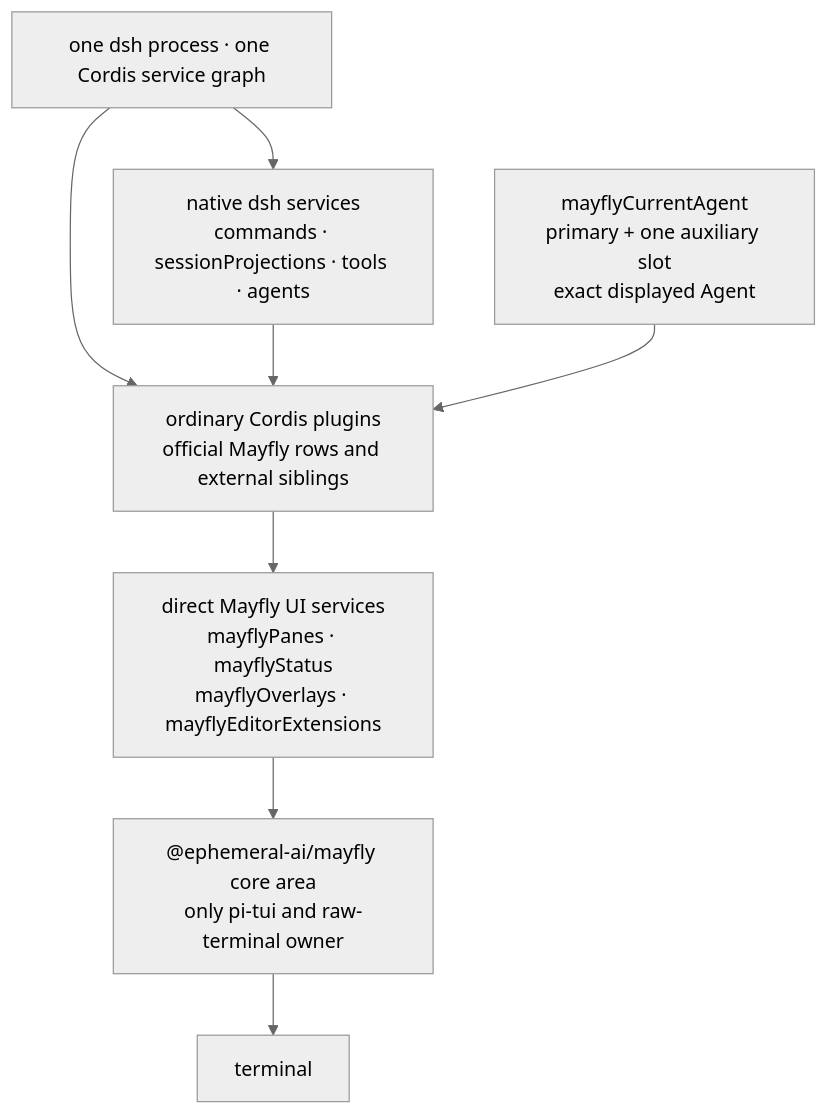
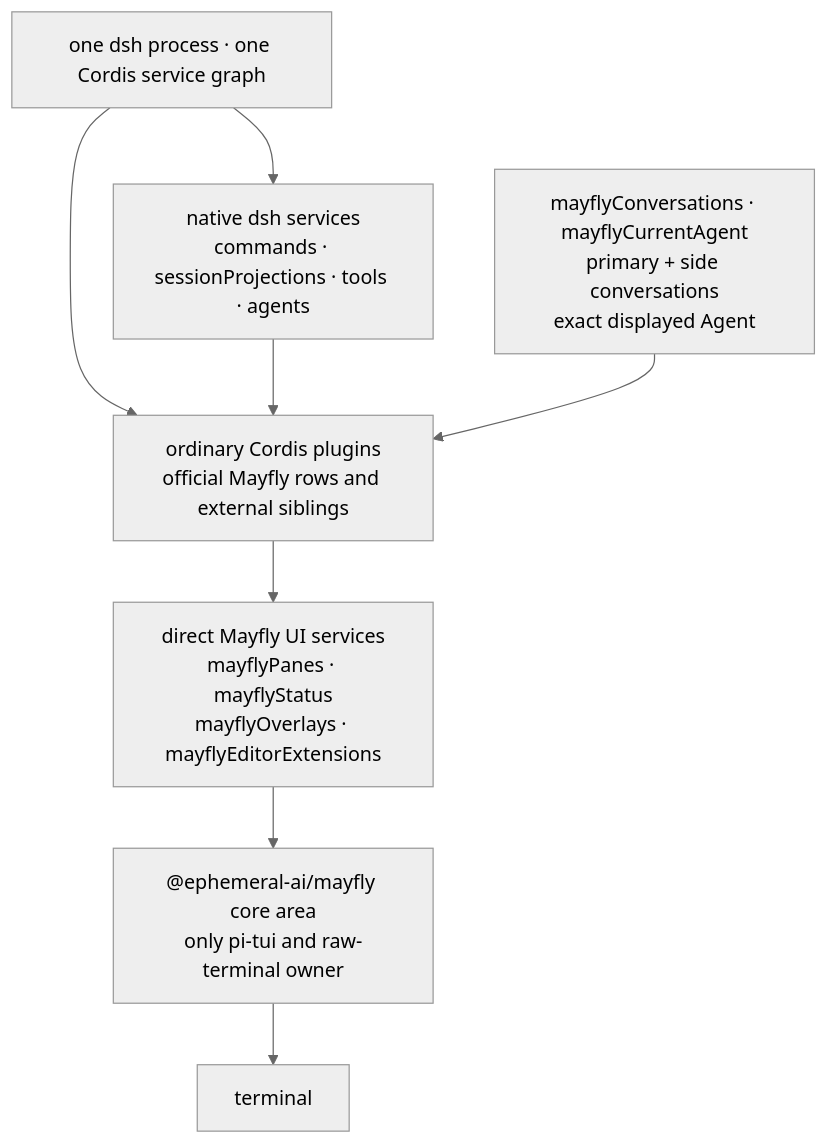
The diagram in docs/diagrams/mayfly-layers.en.mmd (Ephemeral-AI-Lab/mayfly), drawn with Mermaid (neutral theme) before and after one commit. The commit also changed 51 other files, not shown here.

```diff
--- a/docs/diagrams/mayfly-layers.en.mmd
+++ b/docs/diagrams/mayfly-layers.en.mmd
@@ -1,16 +1,16 @@
 flowchart TB
     ROOT["one dsh process · one Cordis service graph"]
     DSH["native dsh services<br/>commands · sessionProjections · tools · agents"]
     PLUGIN["ordinary Cordis plugins<br/>official Mayfly rows and external siblings"]
-    AGENT["mayflyCurrentAgent<br/>primary + one auxiliary slot<br/>exact displayed Agent"]
+    AGENT["mayflyConversations · mayflyCurrentAgent<br/>primary + side conversations<br/>exact displayed Agent"]
     UI["direct Mayfly UI services<br/>mayflyPanes · mayflyStatus<br/>mayflyOverlays · mayflyEditorExtensions"]
     CORE["@ephemeral-ai/mayfly core area<br/>only pi-tui and raw-terminal owner"]
     TERM["terminal"]
 
     ROOT --> DSH
     ROOT --> PLUGIN
     DSH --> PLUGIN
     AGENT --> PLUGIN
     PLUGIN --> UI
     UI --> CORE
     CORE --> TERM
```
